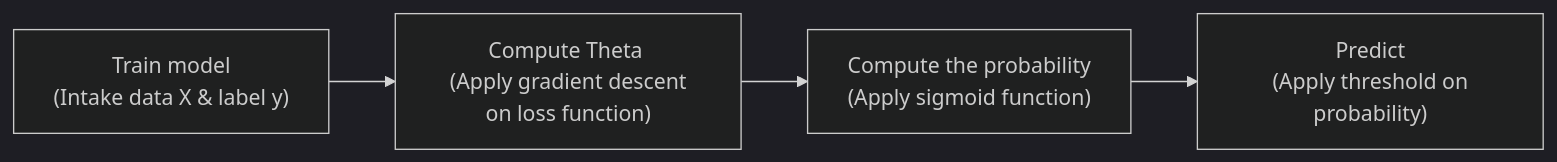
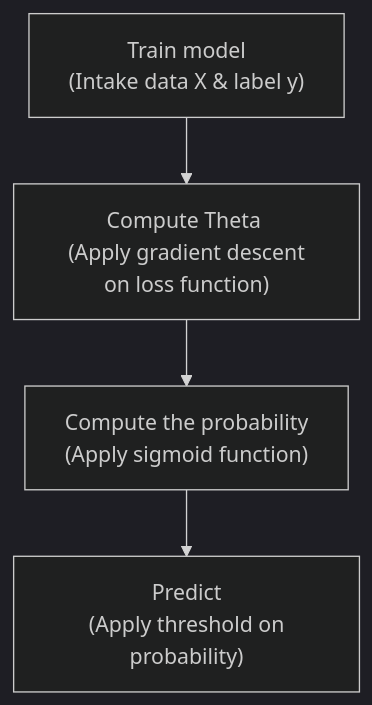
One commit to AlexDaPiggie/Logistic_Regression_From_Scratch changed the second of 2 diagrams in README.md. Above: the diagram before and after it, drawn with Mermaid (dark theme).

Commit message:
udpate readme

````diff
--- a/README.md
+++ b/README.md
@@ -58,9 +58,9 @@
 ```mermaid 
-flowchart LR
+flowchart TD
     train["Train model <br/> (Intake data X & label y)"] 
     grad["Compute Theta <br/> (Apply gradient descent on loss function)"]
     proba["Compute the probability <br/> (Apply sigmoid function)"]
     predict["Predict<br/> (Apply threshold on probability)"]
     
     train --> grad --> proba --> predict 
 ```
````
